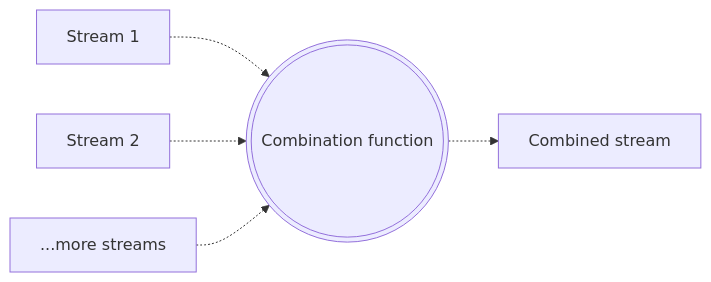
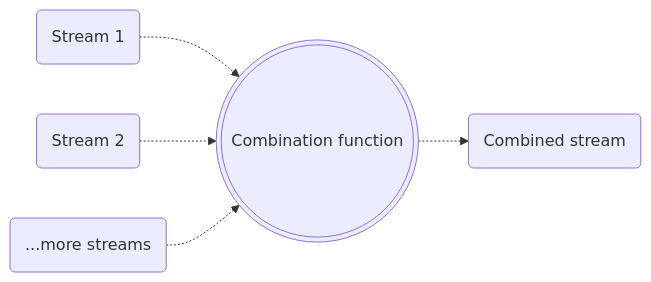
One commit to nearform/angular-patterns-workshop changed the diagram in apps/slides/slides/combining-streams.md. Above: the diagram before and after it, drawn with Mermaid. The commit also changed other lines of this file and 4 other files, not shown here.

````diff
--- a/apps/slides/slides/combining-streams.md
+++ b/apps/slides/slides/combining-streams.md
@@ -8,12 +8,12 @@
 ```mermaid
 flowchart LR
-  stream1[Stream 1]
-  stream2[Stream 2]
-  moreStreams[...more streams]
+  stream1(Stream 1)
+  stream2(Stream 2)
+  moreStreams(...more streams)
   combinationFunction(((Combination function)))
-  combinedStream[Combined stream]
+  combinedStream(Combined stream)
   stream1 -.-> combinationFunction
   stream2 -.-> combinationFunction
   moreStreams -.-> combinationFunction
   combinationFunction -.-> combinedStream
 ```
````
